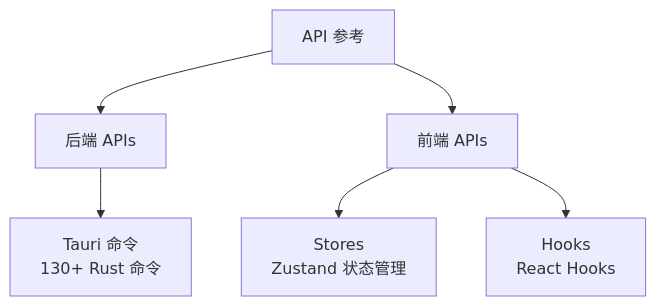
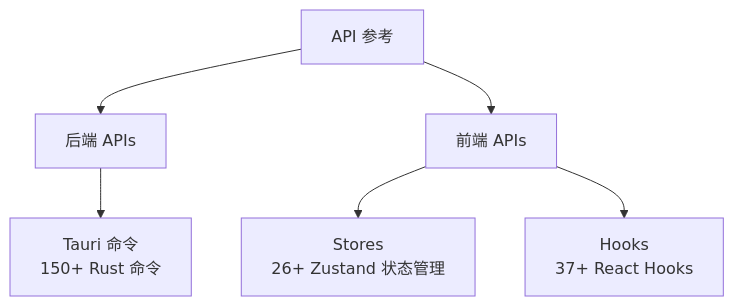
Before and after one commit to MaxQian888/cobalt-skymap: the diagram in docs/developer-guide/apis/index.md, drawn with Mermaid. The commit also changed other lines of this file and 253 other files, not shown here.

````diff
--- a/docs/developer-guide/apis/index.md
+++ b/docs/developer-guide/apis/index.md
@@ -7,10 +7,10 @@
 ```mermaid
 graph TD
     A[API 参考] --> B[后端 APIs]
     A --> C[前端 APIs]
 
-    B --> B1[Tauri 命令<br/>130+ Rust 命令]
+    B --> B1[Tauri 命令<br/>150+ Rust 命令]
 
-    C --> C1[Stores<br/>Zustand 状态管理]
-    C --> C2[Hooks<br/>React Hooks]
+    C --> C1[Stores<br/>26+ Zustand 状态管理]
+    C --> C2[Hooks<br/>37+ React Hooks]
 ```
````
